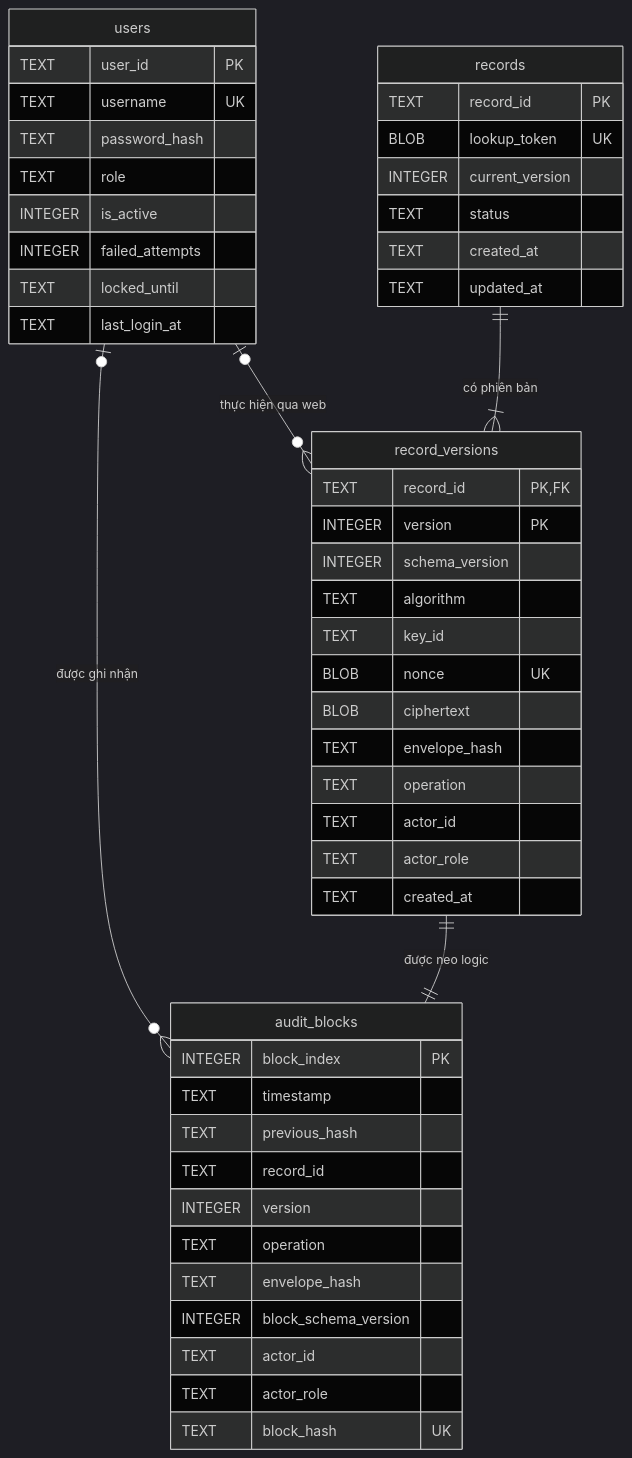
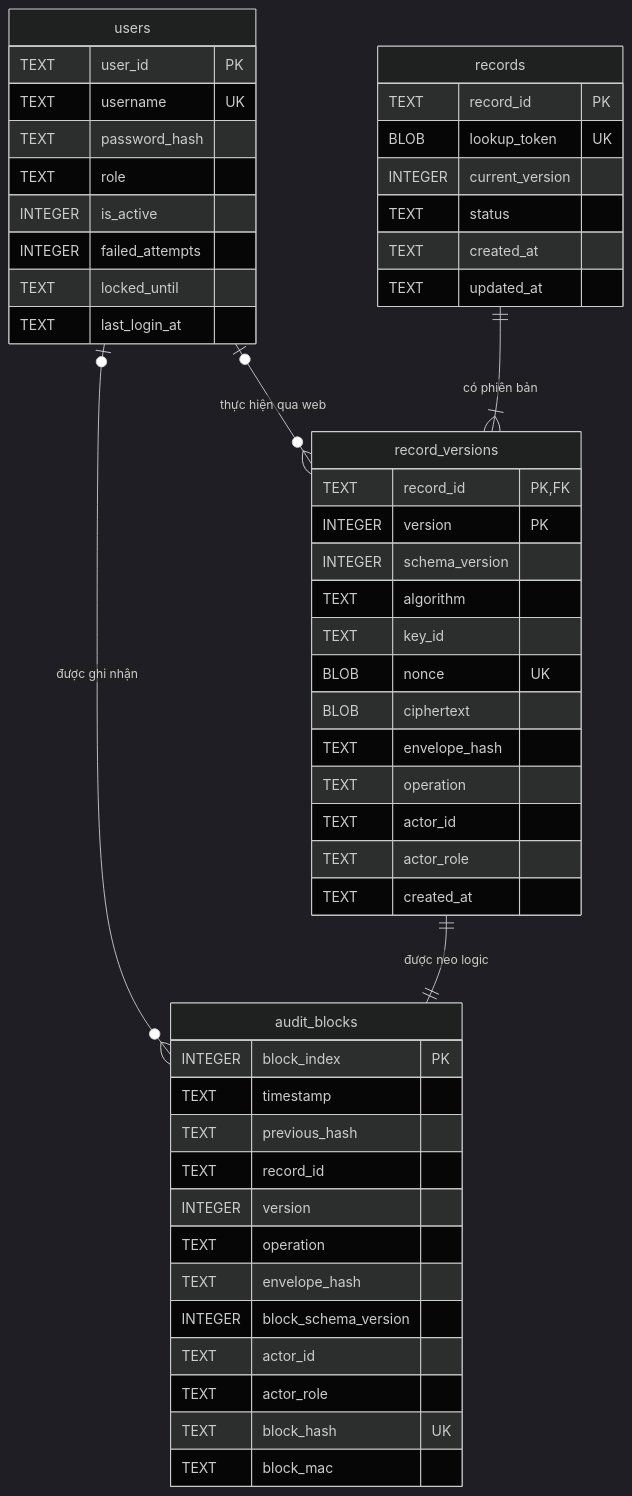
Before and after one commit to hv6z/secureedu-authenticated-student-records: the fifth of 6 diagrams in docs/KIEN_TRUC_HE_THONG.md, drawn with Mermaid (dark theme). The commit also changed other lines of this file and 36 other files, not shown here.

````diff
--- a/docs/KIEN_TRUC_HE_THONG.md
+++ b/docs/KIEN_TRUC_HE_THONG.md
@@ -155,56 +166,57 @@
 ```mermaid
 erDiagram
     users o|--o{ record_versions : "thực hiện qua web"
     users o|--o{ audit_blocks : "được ghi nhận"
     records ||--|{ record_versions : "có phiên bản"
     record_versions ||--|| audit_blocks : "được neo logic"
 
     users {
         TEXT user_id PK
         TEXT username UK
         TEXT password_hash
         TEXT role
         INTEGER is_active
         INTEGER failed_attempts
         TEXT locked_until
         TEXT last_login_at
     }
 
     records {
         TEXT record_id PK
         BLOB lookup_token UK
         INTEGER current_version
         TEXT status
         TEXT created_at
         TEXT updated_at
     }
 
     record_versions {
         TEXT record_id PK,FK
         INTEGER version PK
         INTEGER schema_version
         TEXT algorithm
         TEXT key_id
         BLOB nonce UK
         BLOB ciphertext
         TEXT envelope_hash
         TEXT operation
         TEXT actor_id
         TEXT actor_role
         TEXT created_at
     }
 
     audit_blocks {
         INTEGER block_index PK
         TEXT timestamp
         TEXT previous_hash
         TEXT record_id
         INTEGER version
         TEXT operation
         TEXT envelope_hash
         INTEGER block_schema_version
         TEXT actor_id
         TEXT actor_role
         TEXT block_hash UK
+        TEXT block_mac
     }
 ```
````
